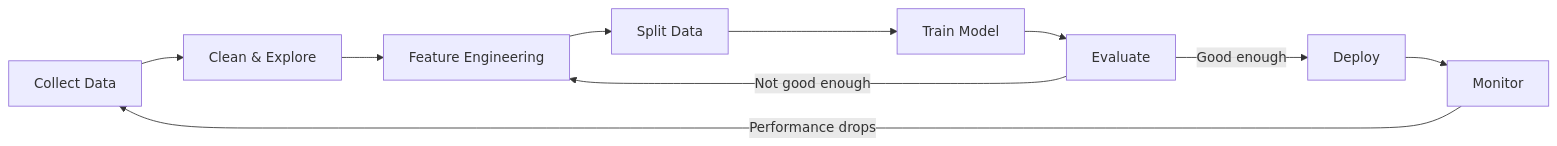
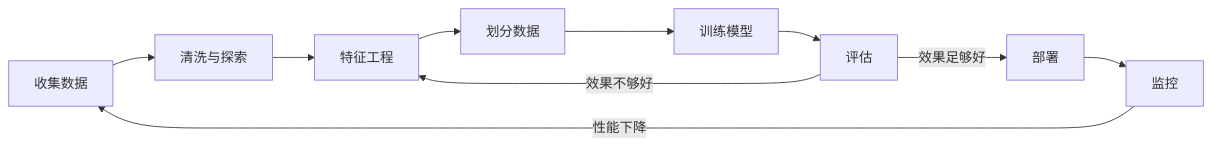
Before and after one commit to huangyue12120/Learning-Atlas: the third of 6 diagrams in content/translations/practice/02-ml-fundamentals/01-what-is-machine-learning/zh.md, drawn with Mermaid. The commit also changed other lines of this file and 24 other files, not shown here.

Commit message:
fix(reader): localize Mermaid in source content

````diff
--- a/content/translations/practice/02-ml-fundamentals/01-what-is-machine-learning/zh.md
+++ b/content/translations/practice/02-ml-fundamentals/01-what-is-machine-learning/zh.md
@@ -134,12 +134,12 @@
 ```mermaid
 flowchart LR
-    A[Collect Data] --> B[Clean & Explore]
-    B --> C[Feature Engineering]
-    C --> D[Split Data]
-    D --> E[Train Model]
-    E --> F[Evaluate]
-    F -->|Not good enough| C
-    F -->|Good enough| G[Deploy]
-    G --> H[Monitor]
-    H -->|Performance drops| A
+    A[收集数据] --> B[清洗与探索]
+    B --> C[特征工程]
+    C --> D[划分数据]
+    D --> E[训练模型]
+    E --> F[评估]
+    F -->|效果不够好| C
+    F -->|效果足够好| G[部署]
+    G --> H[监控]
+    H -->|性能下降| A
 ```
````
